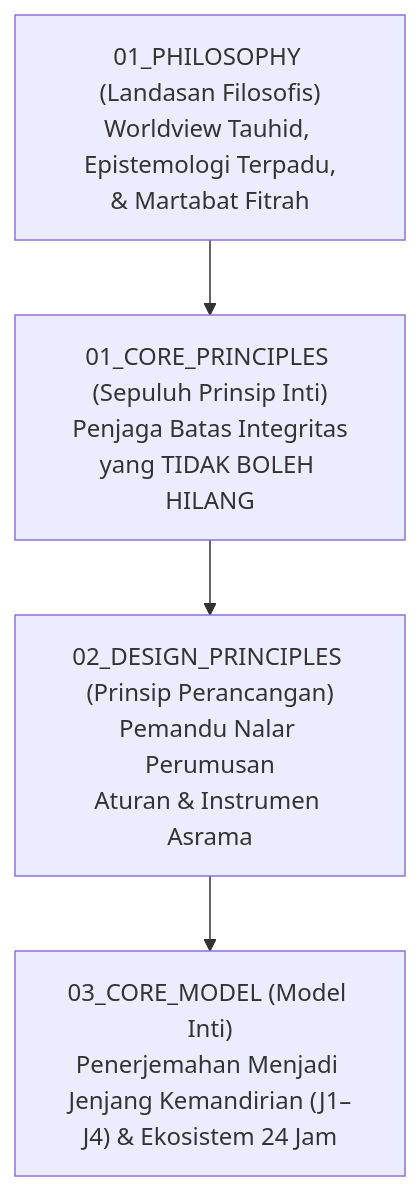
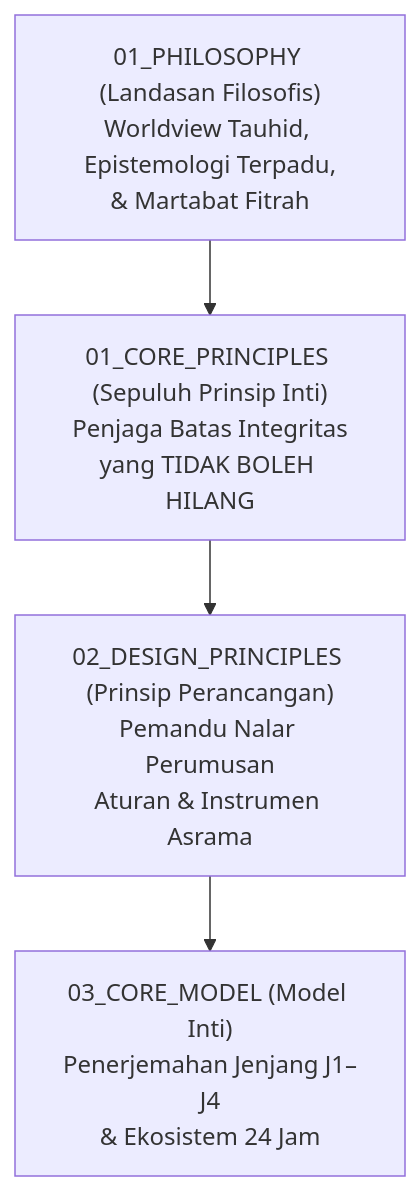
The second of 5 diagrams in BOOK Series 1/01-The-Fundamental-of-TUMBUH/Bab-08-Sumpah-Integritas-Pendidikan-TUMBUH.md (wandiapriliyandi/tumbuh), drawn with Mermaid before and after one commit. The commit also changed other lines of this file and 34 other files, not shown here.

Commit message:
fix(book-01): audit menyeluruh 20 bab, perapihan diagram dan sinkronisasi 100% catatan kaki

````diff
--- a/BOOK Series 1/01-The-Fundamental-of-TUMBUH/Bab-08-Sumpah-Integritas-Pendidikan-TUMBUH.md
+++ b/BOOK Series 1/01-The-Fundamental-of-TUMBUH/Bab-08-Sumpah-Integritas-Pendidikan-TUMBUH.md
@@ -52,6 +52,6 @@
 ```mermaid
 graph TD
     P["01_PHILOSOPHY (Landasan Filosofis)<br/>Worldview Tauhid, Epistemologi Terpadu,<br/>& Martabat Fitrah"] --> C["01_CORE_PRINCIPLES (Sepuluh Prinsip Inti)<br/>Penjaga Batas Integritas<br/>yang TIDAK BOLEH HILANG"]
     C --> D["02_DESIGN_PRINCIPLES (Prinsip Perancangan)<br/>Pemandu Nalar Perumusan<br/>Aturan & Instrumen Asrama"]
-    D --> M["03_CORE_MODEL (Model Inti)<br/>Penerjemahan Menjadi Jenjang Kemandirian (J1–J4) & Ekosistem 24 Jam"]
+    D --> M["03_CORE_MODEL (Model Inti)<br/>Penerjemahan Jenjang J1–J4<br/>& Ekosistem 24 Jam"]
 ```
````
